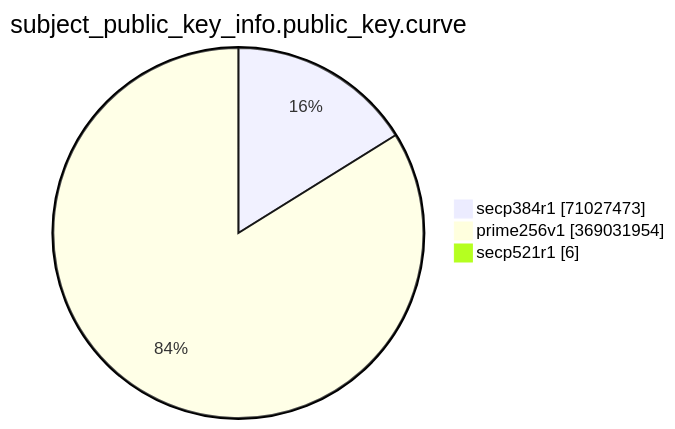
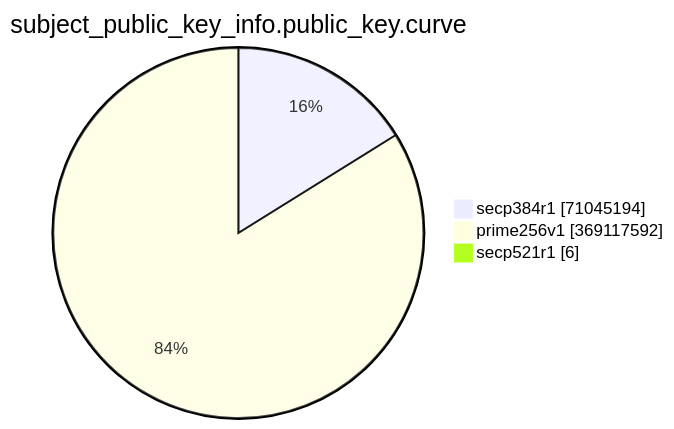
One commit to christiankrug/ctmonitor_visualization changed the eighth of 15 diagrams in TOTAL/README.md. Above: the diagram before and after it, drawn with Mermaid. The commit also changed other lines of this file, not shown here.

````diff
--- a/TOTAL/README.md
+++ b/TOTAL/README.md
@@ -3094,7 +3094,7 @@
 ```mermaid
 pie showData
 title subject_public_key_info.public_key.curve
-"secp384r1" :71027473
-"prime256v1" :369031954
+"secp384r1" :71045194
+"prime256v1" :369117592
 "secp521r1" :6
 ```
````
